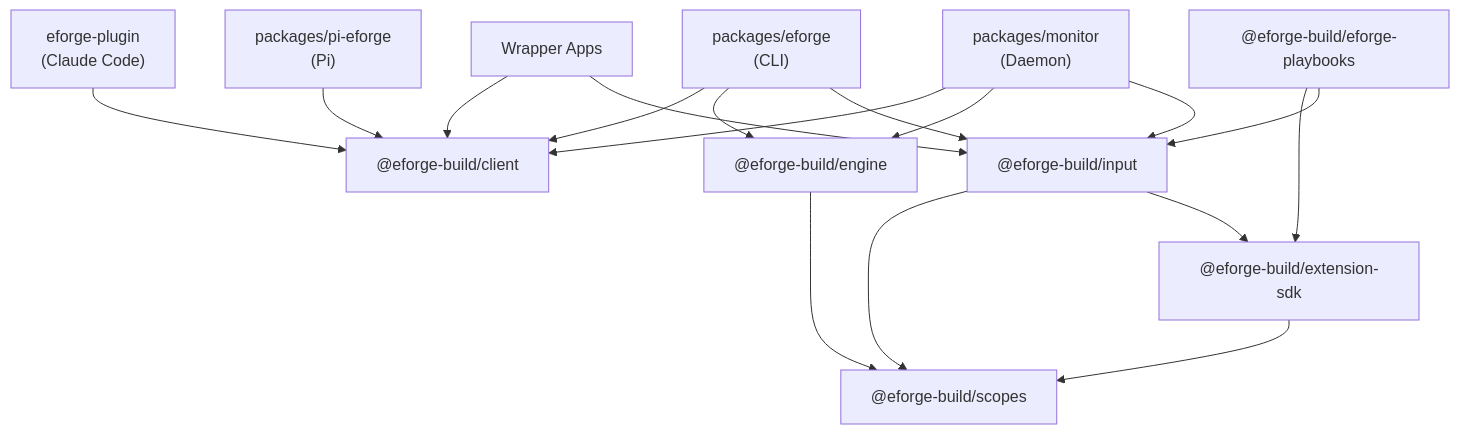
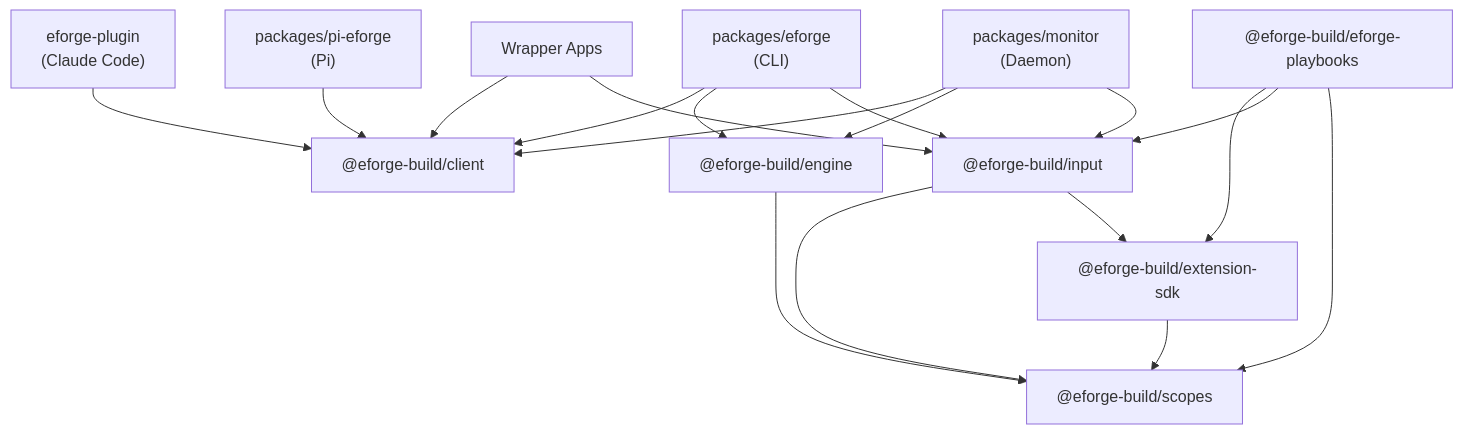
One commit to eforge-build/eforge changed the second of 4 diagrams in docs/architecture.md. Above: the diagram before and after it, drawn with Mermaid. The commit also changed other lines of this file and 48 other files, not shown here.

````diff
--- a/docs/architecture.md
+++ b/docs/architecture.md
@@ -77,31 +79,32 @@
 ```mermaid
 flowchart TD
     wrappers["Wrapper Apps"]
     plugin["eforge-plugin\n(Claude Code)"]
     pi["packages/pi-eforge\n(Pi)"]
     cli["packages/eforge\n(CLI)"]
     monitor["packages/monitor\n(Daemon)"]
     client["@eforge-build/client"]
     input["@eforge-build/input"]
     engine["@eforge-build/engine"]
     scopes["@eforge-build/scopes"]
     extensionSdk["@eforge-build/extension-sdk"]
     playbooksExt["@eforge-build/eforge-playbooks"]
 
     wrappers --> client
     wrappers --> input
     plugin --> client
     pi --> client
     cli --> client
     cli --> engine
     cli --> input
     monitor --> client
     monitor --> engine
     monitor --> input
     engine --> scopes
     input --> scopes
     input --> extensionSdk
     extensionSdk --> scopes
     playbooksExt --> extensionSdk
     playbooksExt --> input
+    playbooksExt --> scopes
 ```
````
